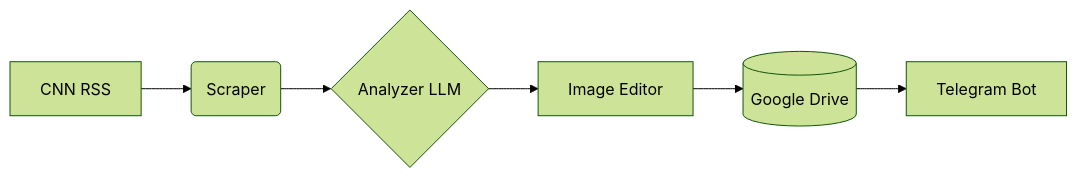
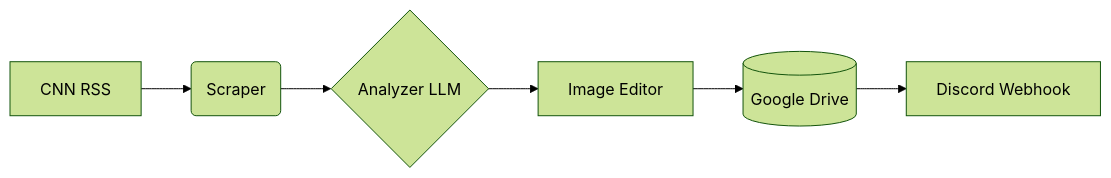
Before and after one commit to Vikram-Bosak/facebook-viral-news-agent: the diagram in README.md, drawn with Mermaid (forest theme). The commit also changed other lines of this file and 12 other files, not shown here.

````diff
--- a/README.md
+++ b/README.md
@@ -16,8 +16,8 @@
 ```mermaid
 graph LR
     A[CNN RSS] --> B(Scraper)
     B --> C{Analyzer LLM}
     C --> D[Image Editor]
     D --> E[(Google Drive)]
-    E --> F[Telegram Bot]
+    E --> F[Discord Webhook]
 ```
````
